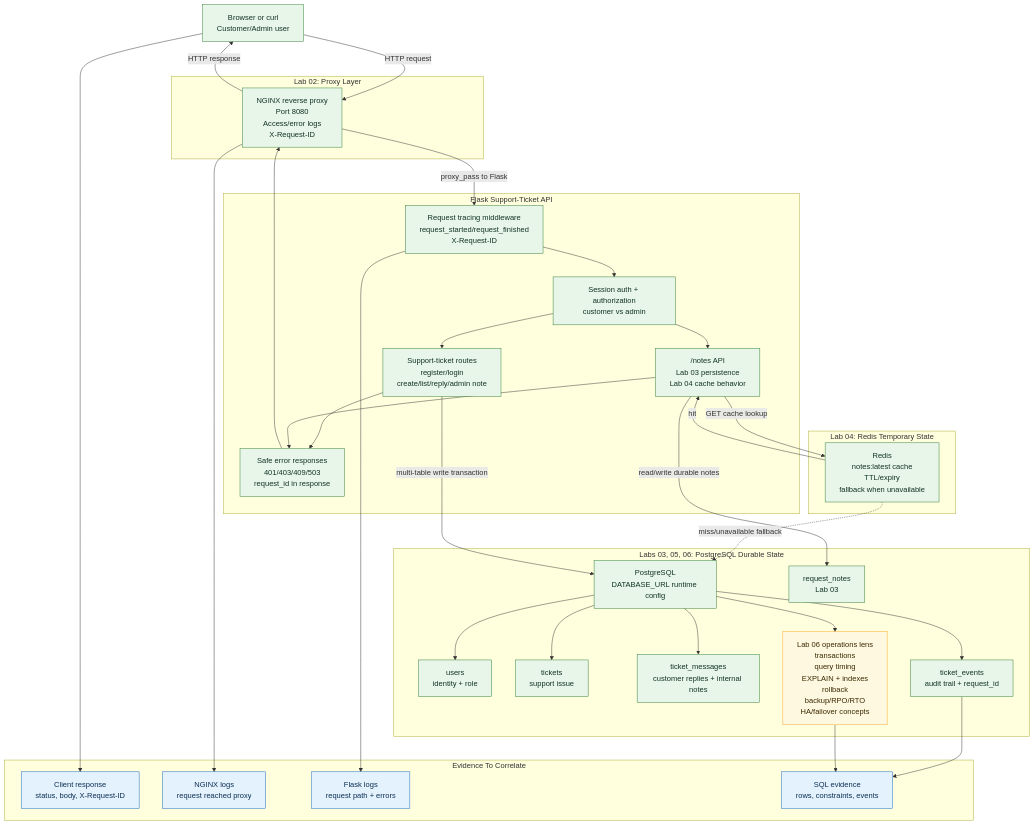
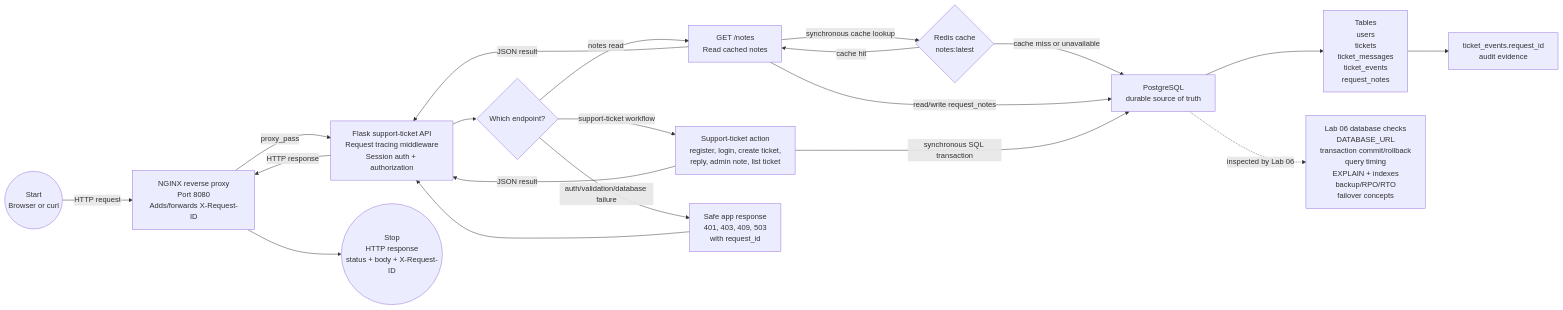
One commit to gettyhongla/request-tracing-lab changed the diagram in phases/phase-02-building-a-production-service/assets/lab-06-current-architecture.md. Above: the diagram before and after it, drawn with Mermaid. The commit also changed other lines of this file, not shown here.

Commit message:
docs: simplify lab 6 request path diagram

````diff
--- a/phases/phase-02-building-a-production-service/assets/lab-06-current-architecture.md
+++ b/phases/phase-02-building-a-production-service/assets/lab-06-current-architecture.md
@@ -5,72 +7,46 @@
 ```mermaid
-flowchart TB
-    Client["Browser or curl<br/>Customer/Admin user"]
+flowchart LR
+    Start(("Start<br/>Browser or curl"))
+    NGINX["NGINX reverse proxy<br/>Port 8080<br/>Adds/forwards X-Request-ID"]
+    Flask["Flask support-ticket API<br/>Request tracing middleware<br/>Session auth + authorization"]
+    Routes{"Which endpoint?"}
 
-    subgraph Proxy["Lab 02: Proxy Layer"]
-        NGINX["NGINX reverse proxy<br/>Port 8080<br/>Access/error logs<br/>X-Request-ID"]
-    end
+    Notes["GET /notes<br/>Read cached notes"]
+    Tickets["Support-ticket action<br/>register, login, create ticket,<br/>reply, admin note, list ticket"]
+    Errors["Safe app response<br/>401, 403, 409, 503<br/>with request_id"]
 
-    subgraph App["Flask Support-Ticket API"]
-        RequestMiddleware["Request tracing middleware<br/>request_started/request_finished<br/>X-Request-ID"]
-        Auth["Session auth + authorization<br/>customer vs admin"]
-        Notes["/notes API<br/>Lab 03 persistence<br/>Lab 04 cache behavior"]
-        Tickets["Support-ticket routes<br/>register/login<br/>create/list/reply/admin note"]
-        ErrorHandling["Safe error responses<br/>401/403/409/503<br/>request_id in response"]
-    end
+    Redis{"Redis cache<br/>notes:latest"}
+    Postgres["PostgreSQL<br/>durable source of truth"]
 
-    subgraph RedisLayer["Lab 04: Redis Temporary State"]
-        Redis["Redis<br/>notes:latest cache<br/>TTL/expiry<br/>fallback when unavailable"]
-    end
+    Tables["Tables<br/>users<br/>tickets<br/>ticket_messages<br/>ticket_events<br/>request_notes"]
+    Events["ticket_events.request_id<br/>audit evidence"]
 
-    subgraph PostgresLayer["Labs 03, 05, 06: PostgreSQL Durable State"]
-        Pg["PostgreSQL<br/>DATABASE_URL runtime config"]
-        NotesTable["request_notes<br/>Lab 03"]
-        UsersTable["users<br/>identity + role"]
-        TicketsTable["tickets<br/>support issue"]
-        MessagesTable["ticket_messages<br/>customer replies + internal notes"]
-        EventsTable["ticket_events<br/>audit trail + request_id"]
-        DbOps["Lab 06 operations lens<br/>transactions<br/>query timing<br/>EXPLAIN + indexes<br/>rollback<br/>backup/RPO/RTO<br/>HA/failover concepts"]
-    end
+    DbQuestions["Lab 06 database checks<br/>DATABASE_URL<br/>transaction commit/rollback<br/>query timing<br/>EXPLAIN + indexes<br/>backup/RPO/RTO<br/>failover concepts"]
 
-    subgraph Evidence["Evidence To Correlate"]
-        ClientEvidence["Client response<br/>status, body, X-Request-ID"]
-        ProxyLogs["NGINX logs<br/>request reached proxy"]
-        AppLogs["Flask logs<br/>request path + errors"]
-        SqlEvidence["SQL evidence<br/>rows, constraints, events"]
-    end
+    Response(("Stop<br/>HTTP response<br/>status + body + X-Request-ID"))
 
-    Client -->|"HTTP request"| NGINX
-    NGINX -->|"proxy_pass to Flask"| RequestMiddleware
-    RequestMiddleware --> Auth
-    Auth --> Notes
-    Auth --> Tickets
-    Notes -->|"GET cache lookup"| Redis
-    Redis -->|"hit"| Notes
-    Redis -.->|"miss/unavailable fallback"| Pg
-    Notes -->|"read/write durable notes"| NotesTable
-    Tickets -->|"multi-table write transaction"| Pg
-    Pg --> UsersTable
-    Pg --> TicketsTable
-    Pg --> MessagesTable
-    Pg --> EventsTable
-    Pg --> DbOps
-    Tickets --> ErrorHandling
-    Notes --> ErrorHandling
-    ErrorHandling --> NGINX
-    NGINX -->|"HTTP response"| Client
+    Start -->|"HTTP request"| NGINX
+    NGINX -->|"proxy_pass"| Flask
+    Flask --> Routes
 
-    Client --> ClientEvidence
-    NGINX --> ProxyLogs
-    RequestMiddleware --> AppLogs
-    EventsTable --> SqlEvidence
-    DbOps --> SqlEvidence
+    Routes -->|"notes read"| Notes
+    Routes -->|"support-ticket workflow"| Tickets
+    Routes -->|"auth/validation/database failure"| Errors
 
-    classDef implemented fill:#e8f5e9,stroke:#2e7d32,color:#123524;
-    classDef lab6 fill:#fff8e1,stroke:#f9a825,color:#3a2a00;
-    classDef evidence fill:#e3f2fd,stroke:#1565c0,color:#0d2f52;
-    classDef deferred fill:#f5f5f5,stroke:#9e9e9e,color:#424242;
+    Notes -->|"synchronous cache lookup"| Redis
+    Redis -->|"cache hit"| Notes
+    Redis -->|"cache miss or unavailable"| Postgres
+    Notes -->|"read/write request_notes"| Postgres
 
-    class Client,NGINX,RequestMiddleware,Auth,Notes,Tickets,Redis,Pg,NotesTable,UsersTable,TicketsTable,MessagesTable,EventsTable,ErrorHandling implemented;
-    class DbOps lab6;
-    class ClientEvidence,ProxyLogs,AppLogs,SqlEvidence evidence;
+    Tickets -->|"synchronous SQL transaction"| Postgres
+    Postgres --> Tables
+    Tables --> Events
+
+    Postgres -.->|"inspected by Lab 06"| DbQuestions
+
+    Notes -->|"JSON result"| Flask
+    Tickets -->|"JSON result"| Flask
+    Errors --> Flask
+    Flask -->|"HTTP response"| NGINX
+    NGINX --> Response
 ```
````
